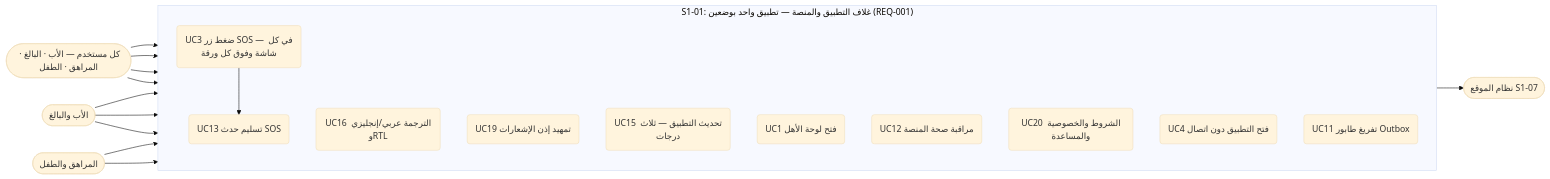
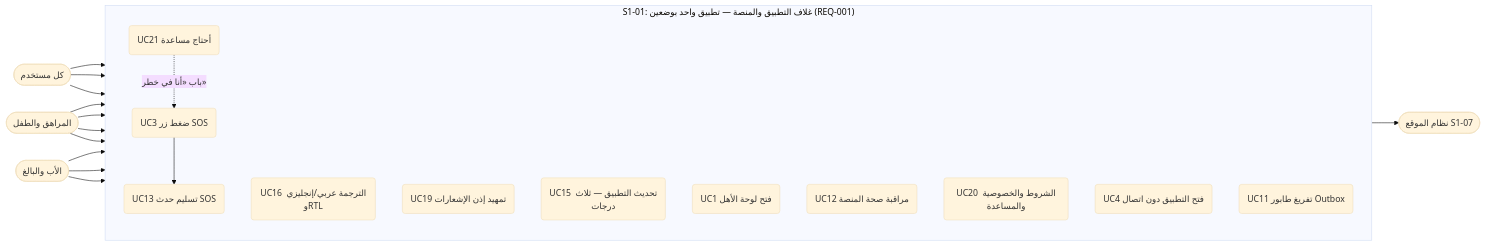
Before and after one commit to Bassam-mohammed-alqaeadi/family-os-v2: the first of 19 diagrams in docs/family-os/governance/phases/phase-1/S1-01-app-shell-and-platform/DIAGRAMS.md, drawn with Mermaid (base theme). The commit also changed other lines of this file, not shown here.

````diff
--- a/docs/family-os/governance/phases/phase-1/S1-01-app-shell-and-platform/DIAGRAMS.md
+++ b/docs/family-os/governance/phases/phase-1/S1-01-app-shell-and-platform/DIAGRAMS.md
@@ -19,33 +20,36 @@
 ```mermaid
 flowchart LR
-    Everyone([كل مستخدم — الأب · البالغ · المراهق · الطفل])
+    Everyone([كل مستخدم])
     Parents([الأب والبالغ])
     Kids([المراهق والطفل])
     S107([نظام الموقع S1-07])
 
     subgraph S101a ["S1-01: غلاف التطبيق والمنصة — تطبيق واحد بوضعين (REQ-001)"]
         direction TB
-        UC3(UC3 ضغط زر SOS — في كل شاشة وفوق كل ورقة)
+        UC3(UC3 ضغط زر SOS)
+        UC21(UC21 أحتاج مساعدة)
         UC13(UC13 تسليم حدث SOS)
         UC16(UC16 الترجمة عربي/إنجليزي وRTL)
         UC19(UC19 تمهيد إذن الإشعارات)
         UC15(UC15 تحديث التطبيق — ثلاث درجات)
         UC1(UC1 فتح لوحة الأهل)
         UC12(UC12 مراقبة صحة المنصة)
         UC20(UC20 الشروط والخصوصية والمساعدة)
         UC4(UC4 فتح التطبيق دون اتصال)
         UC11(UC11 تفريغ طابور Outbox)
     end
 
-    Everyone --> UC3
+    Kids --> UC3
+    Kids --> UC21
+    UC21 -.->|باب «أنا في خطر»| UC3
     Everyone --> UC16
     Everyone --> UC19
     Everyone --> UC15
     UC3 --> UC13
     UC13 --> S107
     Parents --> UC1
     Parents --> UC12
     Parents --> UC20
     Kids --> UC4
     Kids --> UC11
 ```
````
